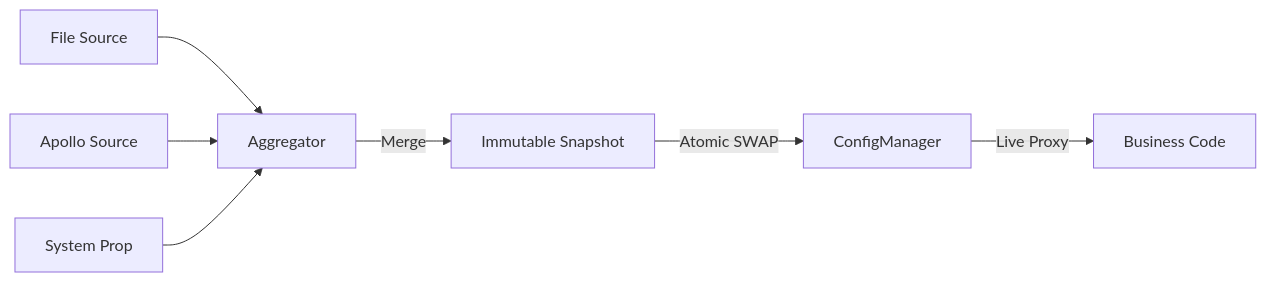
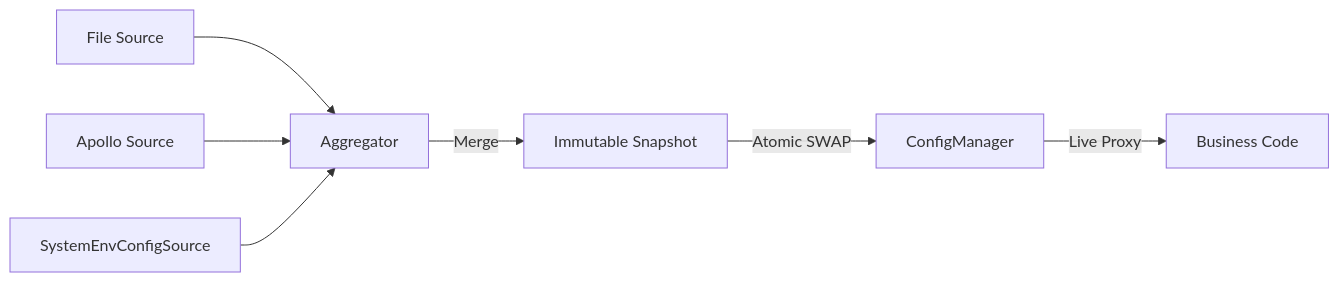
The diagram in team4u-config/team4u-config-core/README.md (team4u/team4u-framework), drawn with Mermaid before and after one commit. The commit also changed other lines of this file and 3 other files, not shown here.

````diff
--- a/team4u-config/team4u-config-core/README.md
+++ b/team4u-config/team4u-config-core/README.md
@@ -446,9 +482,9 @@
 ```mermaid
 graph LR
     S1[File Source] --> A[Aggregator]
     S2[Apollo Source] --> A
-    S3[System Prop] --> A
+    S3[SystemEnvConfigSource] --> A
     A --> |Merge| Snapshot[Immutable Snapshot]
     Snapshot --> |Atomic SWAP| Manager[ConfigManager]
     Manager --> |Live Proxy| Business[Business Code]
 ```
````
